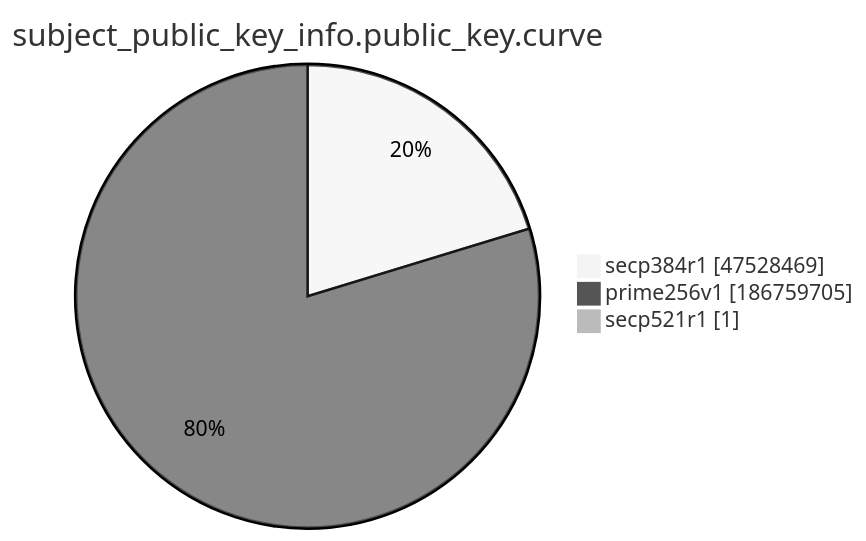
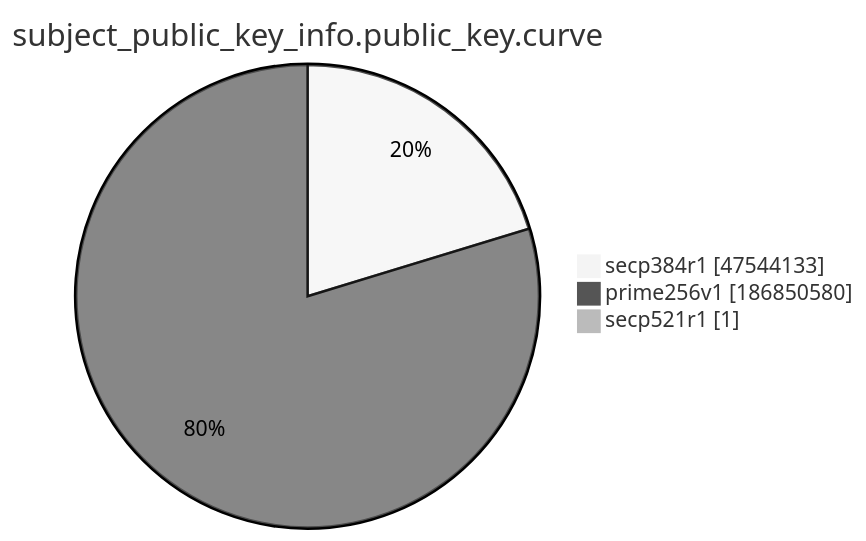
Before and after one commit to christiankrug/ctmonitor_visualization: the ninth of 15 diagrams in xenon2022/README.md, drawn with Mermaid (neutral theme). The commit also changed other lines of this file, not shown here.

````diff
--- a/xenon2022/README.md
+++ b/xenon2022/README.md
@@ -2874,7 +2874,7 @@
 ```mermaid
 pie showData
 title subject_public_key_info.public_key.curve
-"secp384r1" :47528469
-"prime256v1" :186759705
+"secp384r1" :47544133
+"prime256v1" :186850580
 "secp521r1" :1
 ```
````
